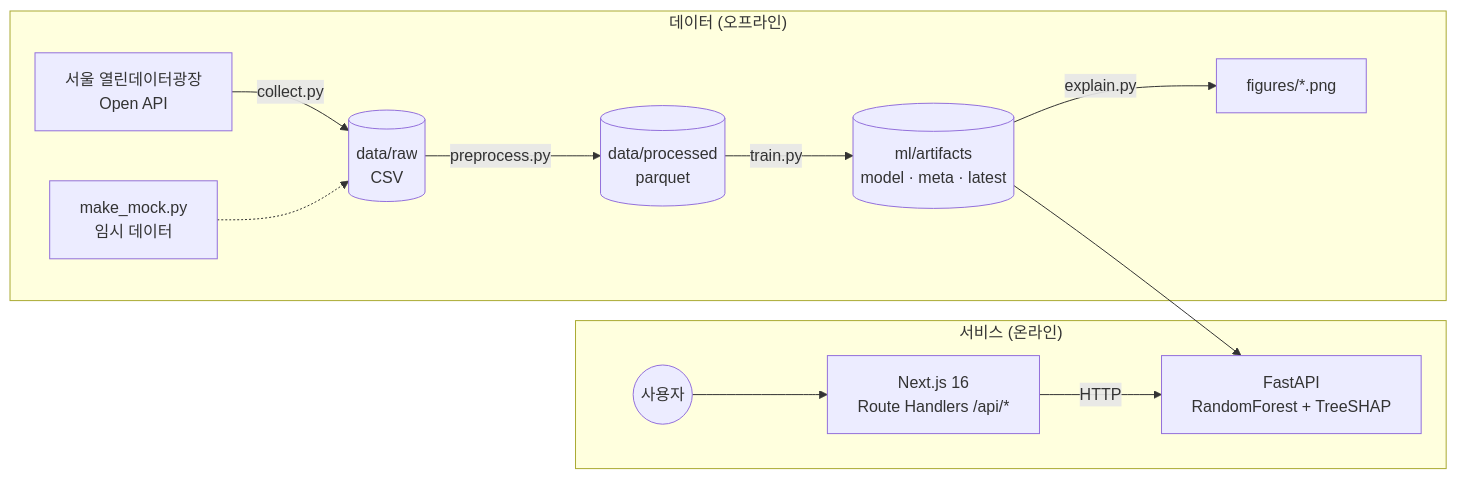
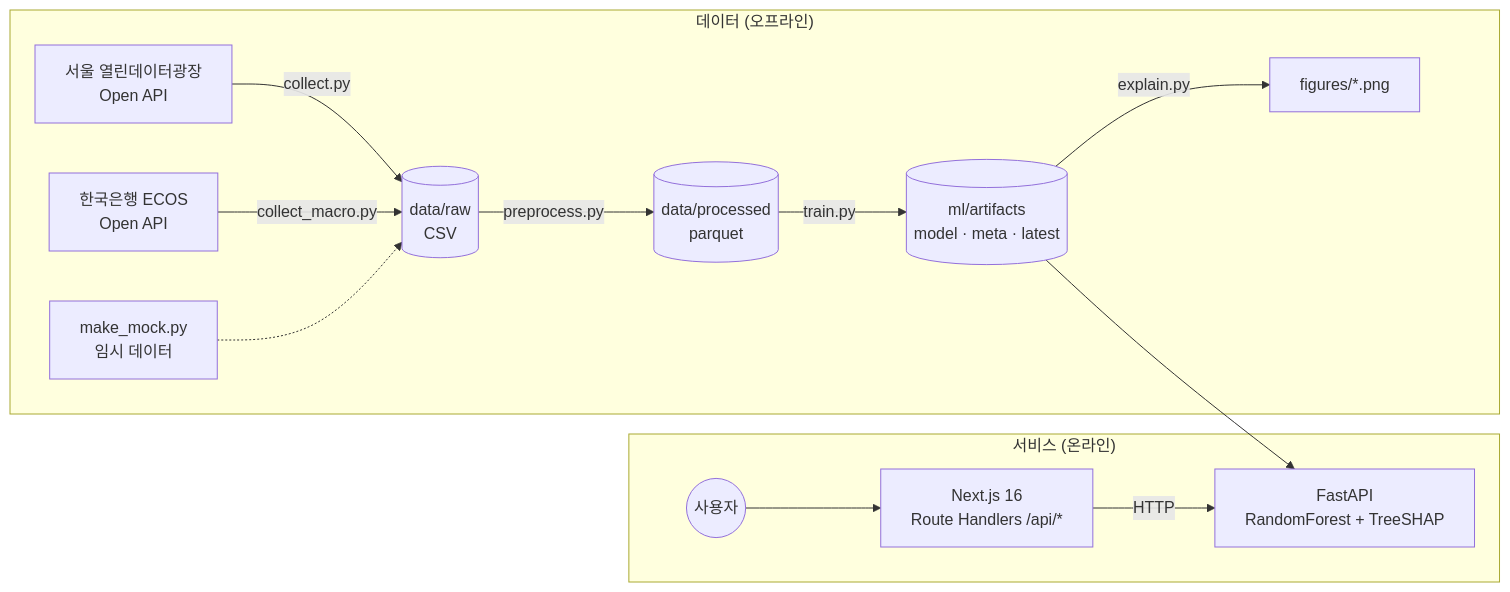
One commit to JungUihyun/biz-risk-predictor changed the diagram in docs/04_architecture.md. Above: the diagram before and after it, drawn with Mermaid. The commit also changed other lines of this file and 15 other files, not shown here.

````diff
--- a/docs/04_architecture.md
+++ b/docs/04_architecture.md
@@ -5,16 +5,17 @@
 ```mermaid
 flowchart LR
     subgraph Data["데이터 (오프라인)"]
         A[서울 열린데이터광장<br/>Open API] -->|collect.py| B[(data/raw<br/>CSV)]
+        K[한국은행 ECOS<br/>Open API] -->|collect_macro.py| B
         M[make_mock.py<br/>임시 데이터] -.-> B
         B -->|preprocess.py| C[(data/processed<br/>parquet)]
         C -->|train.py| D[(ml/artifacts<br/>model · meta · latest)]
         D -->|explain.py| F[figures/*.png]
     end
 
     subgraph Serving["서비스 (온라인)"]
         D --> E[FastAPI<br/>RandomForest + TreeSHAP]
         W[Next.js 16<br/>Route Handlers /api/*] -->|HTTP| E
         U((사용자)) --> W
     end
 ```
````
